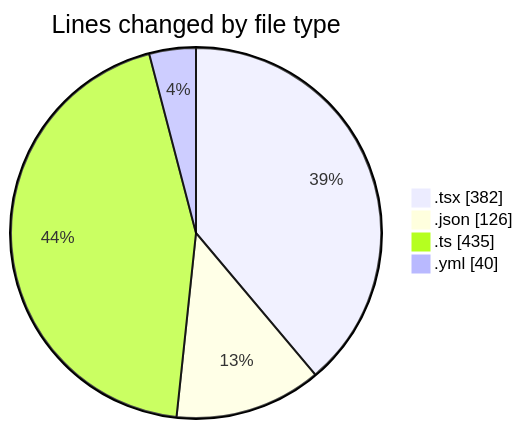
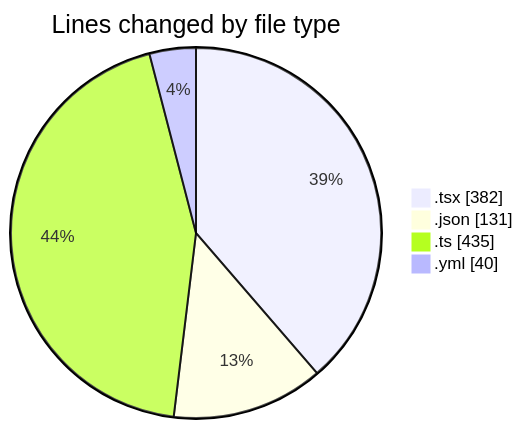
The first of 2 diagrams in 2025-11-28/eventscop-frontend-guide__workspace_/README.md (julien-gomy/code-tracking), drawn with Mermaid before and after one commit. The commit also changed other lines of this file and 1 other file, not shown here.

````diff
--- a/2025-11-28/eventscop-frontend-guide__workspace_/README.md
+++ b/2025-11-28/eventscop-frontend-guide__workspace_/README.md
@@ -27,8 +27,8 @@
 ```mermaid
 pie showData
 title Lines changed by file type
 ".tsx" : 382
-".json" : 126
+".json" : 131
 ".ts" : 435
 ".yml" : 40
 ```
````
